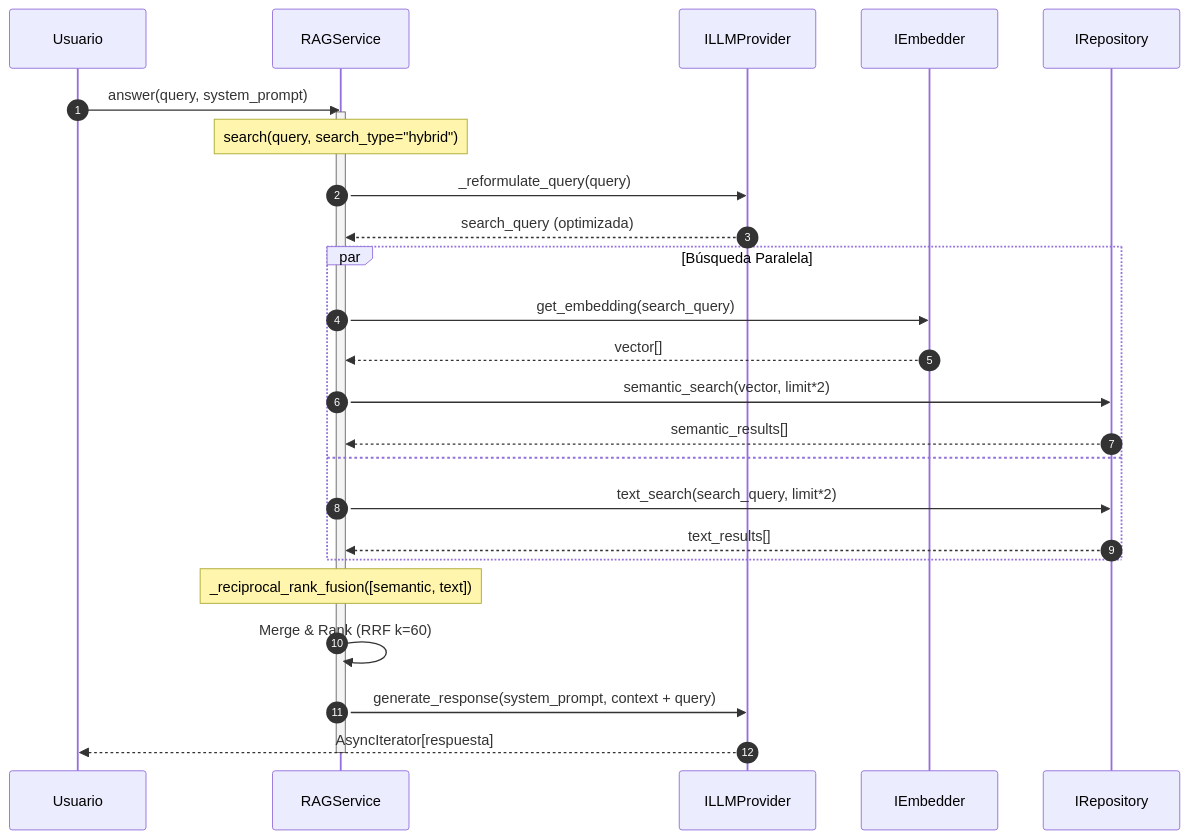
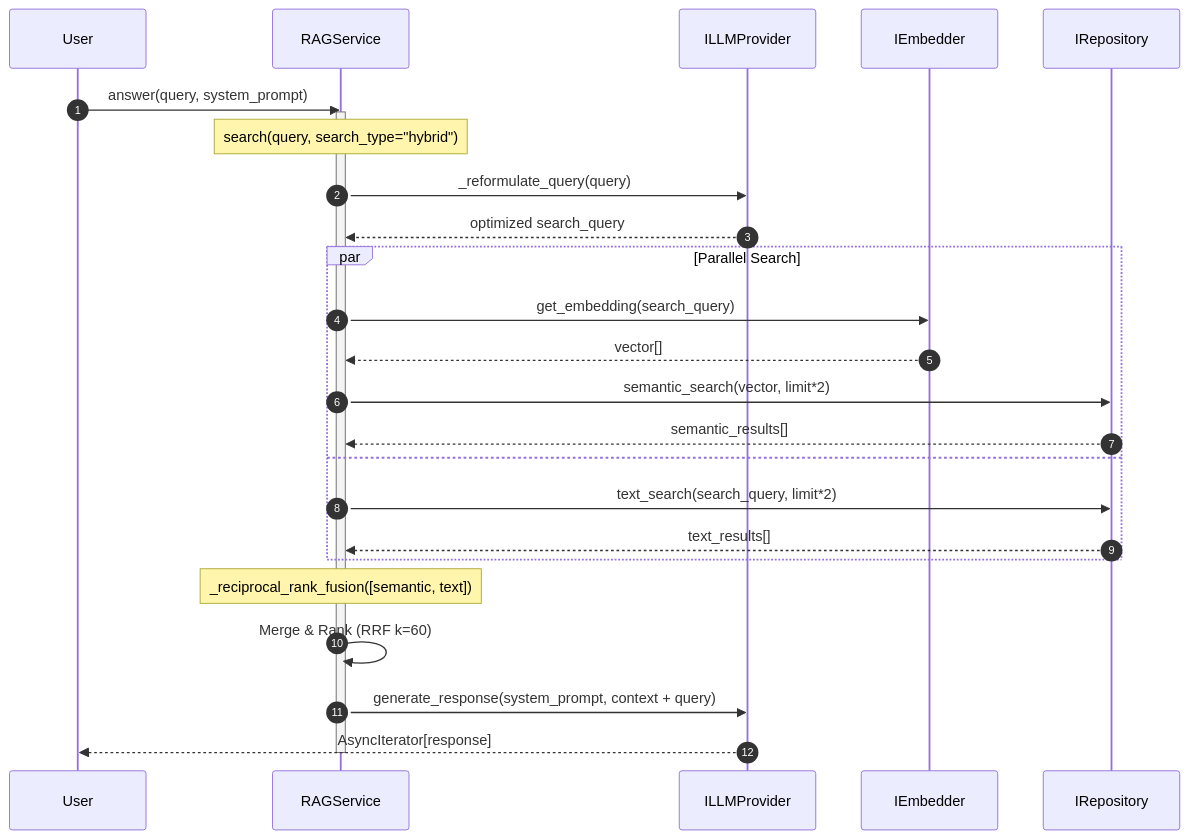
Before and after one commit to FullFran/Hybrid-RAG-example: the first of 2 diagrams in docs/rag_service_detail.md, drawn with Mermaid. The commit also changed other lines of this file and 6 other files, not shown here.

First line of the commit message:
docs: update architecture docs with C4 diagrams and new IParser/IChunker interfaces

````diff
--- a/docs/rag_service_detail.md
+++ b/docs/rag_service_detail.md
@@ -13,33 +13,33 @@
 ```mermaid
 sequenceDiagram
     autonumber
-    participant U as Usuario
+    participant U as User
     participant RS as RAGService
     participant LLM as ILLMProvider
     participant EMB as IEmbedder
     participant DB as IRepository
 
     U->>RS: answer(query, system_prompt)
     activate RS
 
     Note over RS: search(query, search_type="hybrid")
     RS->>LLM: _reformulate_query(query)
-    LLM-->>RS: search_query (optimizada)
+    LLM-->>RS: optimized search_query
 
-    par Búsqueda Paralela
+    par Parallel Search
         RS->>EMB: get_embedding(search_query)
         EMB-->>RS: vector[]
         RS->>DB: semantic_search(vector, limit*2)
         DB-->>RS: semantic_results[]
     and
         RS->>DB: text_search(search_query, limit*2)
         DB-->>RS: text_results[]
     end
 
     Note over RS: _reciprocal_rank_fusion([semantic, text])
     RS->>RS: Merge & Rank (RRF k=60)
 
     RS->>LLM: generate_response(system_prompt, context + query)
-    LLM-->>U: AsyncIterator[respuesta]
+    LLM-->>U: AsyncIterator[response]
     deactivate RS
 ```
````
